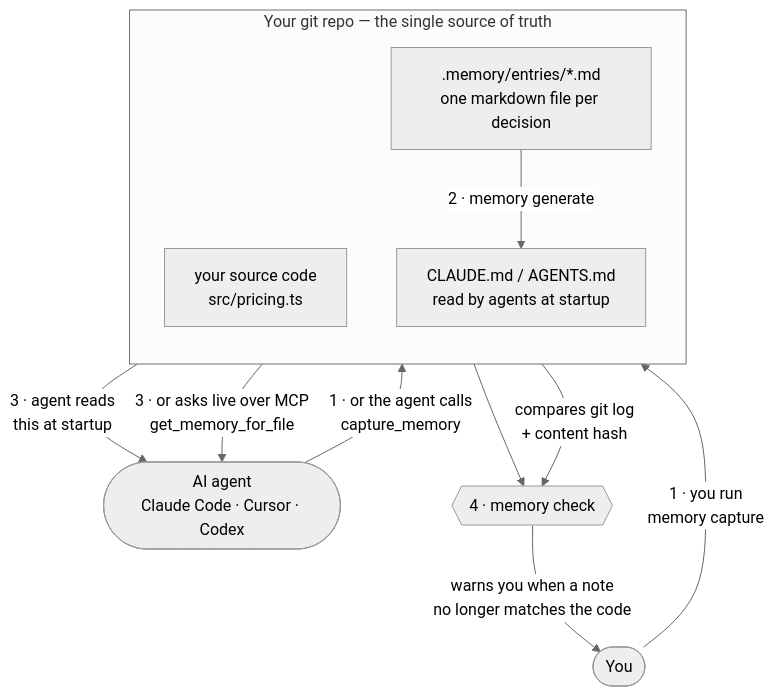
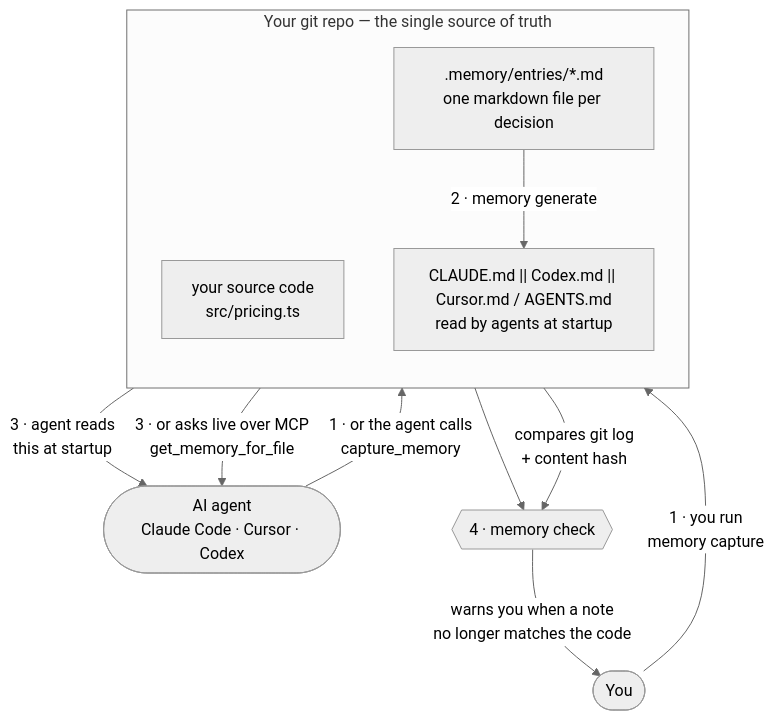
Before and after one commit to kishore600/ctx-memory: the first of 3 diagrams in README.md, drawn with Mermaid (neutral theme).

````diff
--- a/README.md
+++ b/README.md
@@ -82,23 +82,23 @@
 ```mermaid
 flowchart TB
     You(["You"])
     Agent(["AI agent<br/>Claude Code · Cursor · Codex"])
 
     subgraph repo["Your git repo — the single source of truth"]
         direction TB
         CODE["your source code<br/>src/pricing.ts"]
         MEM[".memory/entries/*.md<br/>one markdown file per decision"]
-        DOC["CLAUDE.md / AGENTS.md<br/>read by agents at startup"]
+        DOC["CLAUDE.md || Codex.md || Cursor.md / AGENTS.md<br/>read by agents at startup"]
     end
 
     You -->|"1 · you run<br/>memory capture"| MEM
     Agent -->|"1 · or the agent calls<br/>capture_memory"| MEM
 
     MEM -->|"2 · memory generate"| DOC
     DOC -->|"3 · agent reads<br/>this at startup"| Agent
     MEM -->|"3 · or asks live over MCP<br/>get_memory_for_file"| Agent
 
     MEM --> CHECK{{"4 · memory check"}}
     CODE -->|"compares git log<br/>+ content hash"| CHECK
     CHECK -->|"warns you when a note<br/>no longer matches the code"| You
 ```
````
